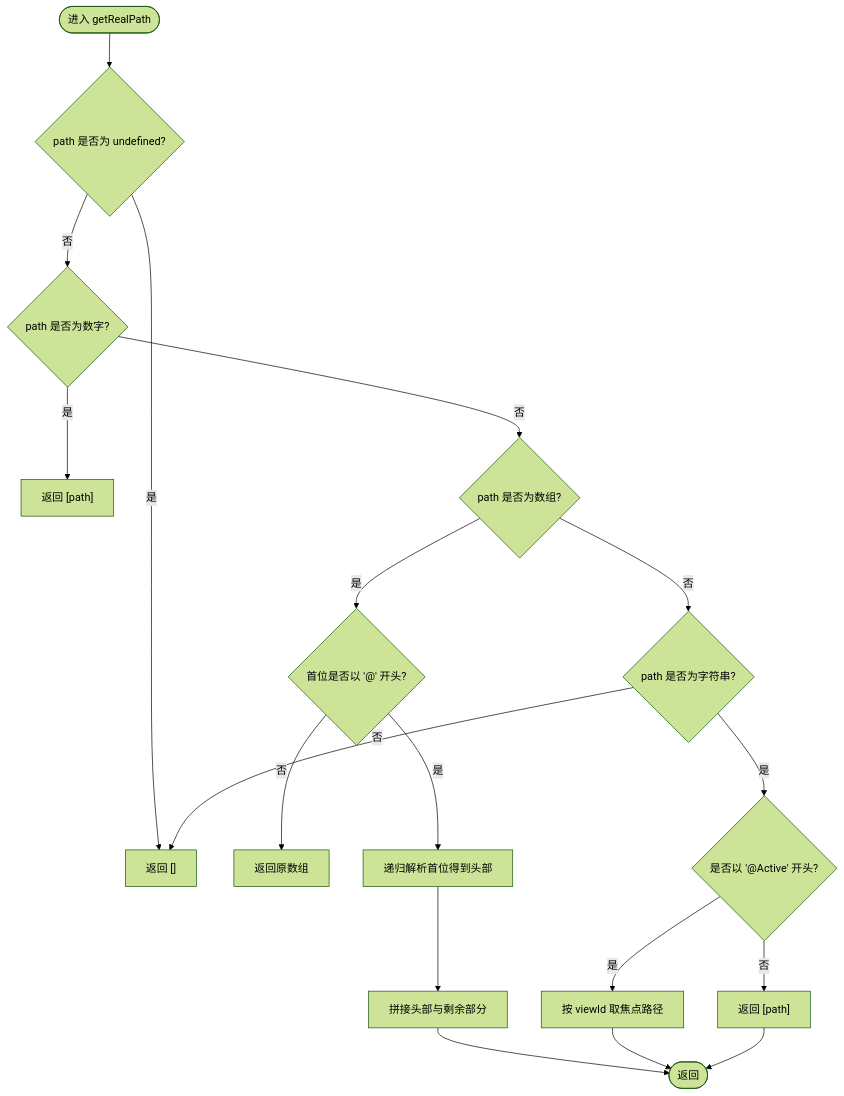
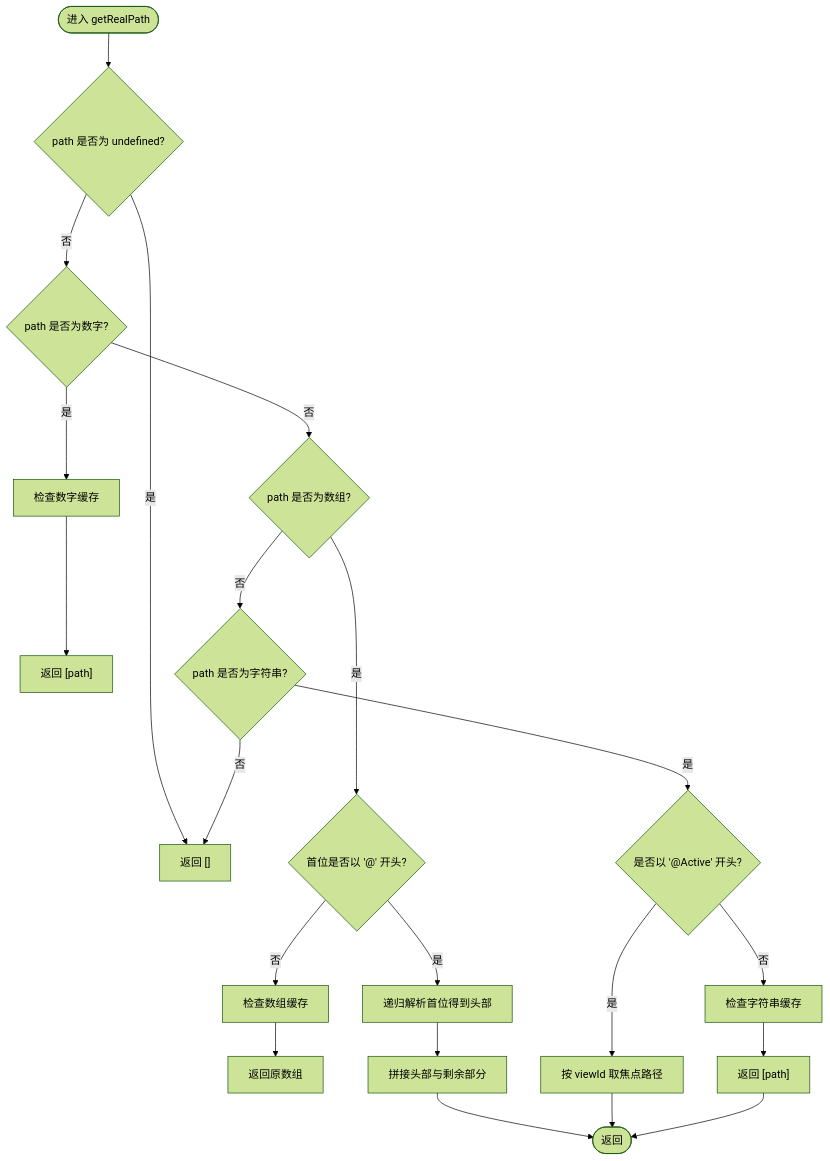
One commit to liqiongke/FrontArk changed the third of 5 diagrams in .qoder/repowiki/zh/content/数据管理/数据绑定.md. Above: the diagram before and after it, drawn with Mermaid (forest theme). The commit also changed other lines of this file and 17 other files, not shown here.

````diff
--- a/.qoder/repowiki/zh/content/数据管理/数据绑定.md
+++ b/.qoder/repowiki/zh/content/数据管理/数据绑定.md
@@ -132,20 +144,23 @@
 ```mermaid
 flowchart TD
 Start(["进入 getRealPath"]) --> CheckUndef{"path 是否为 undefined?"}
 CheckUndef --> |是| ReturnEmpty["返回 []"]
 CheckUndef --> |否| CheckNum{"path 是否为数字?"}
-CheckNum --> |是| WrapNum["返回 [path]"]
+CheckNum --> |是| CacheNum["检查数字缓存"]
+CacheNum --> ReturnNum["返回 [path]"]
 CheckNum --> |否| CheckArr{"path 是否为数组?"}
 CheckArr --> |是| FirstIsSpecial{"首位是否以 '@' 开头?"}
-FirstIsSpecial --> |否| ReturnArr["返回原数组"]
+FirstIsSpecial --> |否| CacheArr["检查数组缓存"]
+CacheArr --> ReturnArr["返回原数组"]
 FirstIsSpecial --> |是| ResolveHead["递归解析首位得到头部"]
 ResolveHead --> Concat["拼接头部与剩余部分"]
 Concat --> End(["返回"])
 CheckArr --> |否| CheckStr{"path 是否为字符串?"}
 CheckStr --> |是| ActiveCheck{"是否以 '@Active' 开头?"}
 ActiveCheck --> |是| GetActivePath["按 viewId 取焦点路径"]
 GetActivePath --> End
-ActiveCheck --> |否| WrapStr["返回 [path]"]
+ActiveCheck --> |否| CacheStr["检查字符串缓存"]
+CacheStr --> WrapStr["返回 [path]"]
 WrapStr --> End
 CheckStr --> |否| ReturnEmpty
 ```
````
